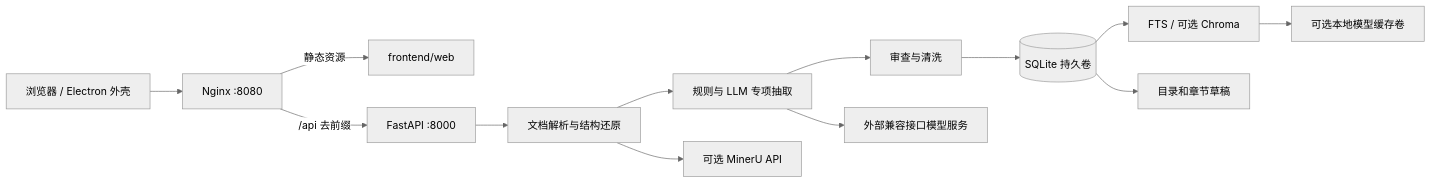
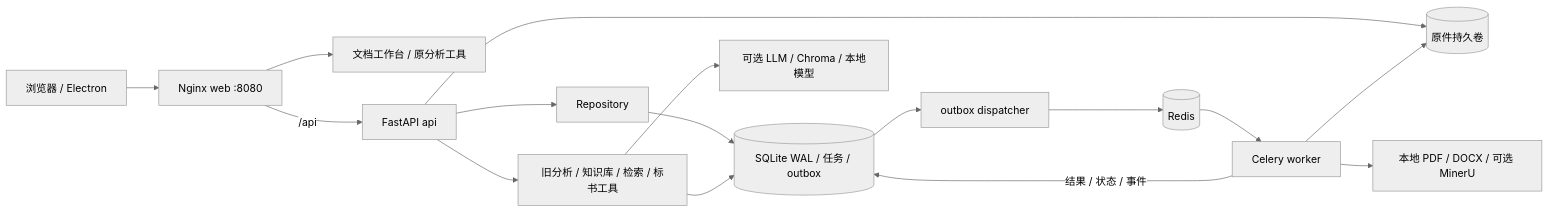
One commit to RudyJunyu/Bid_Agent changed the diagram in docs/architecture/overview.md. Above: the diagram before and after it, drawn with Mermaid (neutral theme). The commit also changed other lines of this file and 52 other files, not shown here.

````diff
--- a/docs/architecture/overview.md
+++ b/docs/architecture/overview.md
@@ -15,15 +15,18 @@
 ```mermaid
 flowchart LR
-  Browser[浏览器 / Electron 外壳] --> Nginx[Nginx :8080]
-  Nginx -->|静态资源| Web[frontend/web]
-  Nginx -->|/api 去前缀| API[FastAPI :8000]
-  API --> Parse[文档解析与结构还原]
-  Parse --> Analysis[规则与 LLM 专项抽取]
-  Analysis --> Review[审查与清洗]
-  Review --> DB[(SQLite 持久卷)]
-  DB --> RAG[FTS / 可选 Chroma]
-  DB --> Generate[目录和章节草稿]
-  Analysis --> LLM[外部兼容接口模型服务]
-  Parse --> MinerU[可选 MinerU API]
-  RAG --> Cache[可选本地模型缓存卷]
+  Browser[浏览器 / Electron] --> Nginx[Nginx web :8080]
+  Nginx --> Web[文档工作台 / 原分析工具]
+  Nginx -->|/api| API[FastAPI api]
+  API --> Repos[Repository]
+  Repos --> DB[(SQLite WAL / 任务 / outbox)]
+  API --> Originals[(原件持久卷)]
+  DB --> Dispatcher[outbox dispatcher]
+  Dispatcher --> Redis[(Redis)]
+  Redis --> Worker[Celery worker]
+  Worker --> Originals
+  Worker -->|结果 / 状态 / 事件| DB
+  Worker --> Parse[本地 PDF / DOCX / 可选 MinerU]
+  API --> Legacy[旧分析 / 知识库 / 检索 / 标书工具]
+  Legacy --> DB
+  Legacy --> Models[可选 LLM / Chroma / 本地模型]
 ```
````
